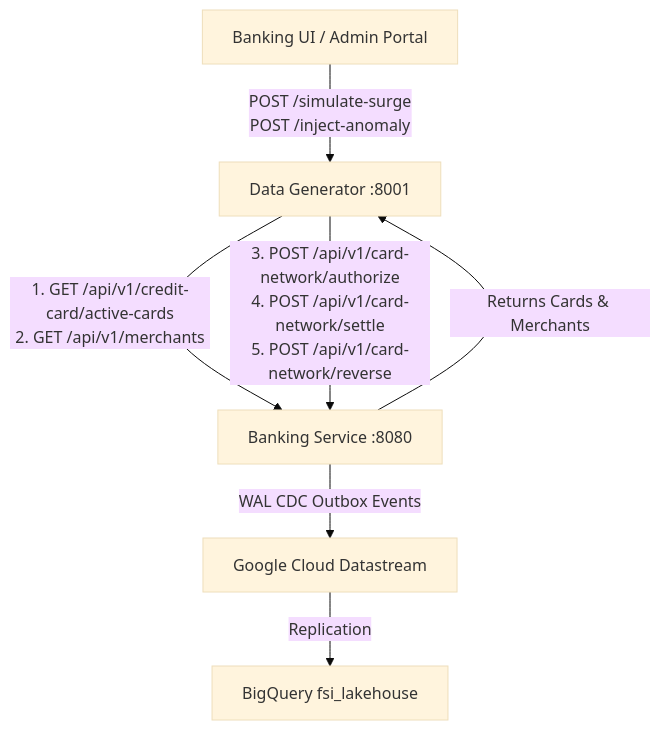
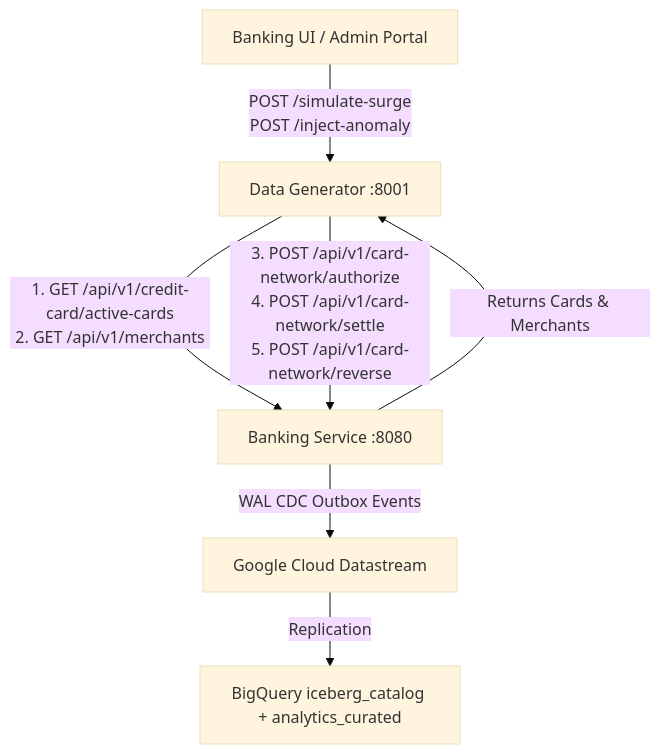
Before and after one commit to GoogleCloudPlatform/fsi-gecx-bundle: the diagram in data-generator/README.md, drawn with Mermaid (base theme). The commit also changed other lines of this file and 12 other files, not shown here.

Commit message:
fix: align datastream lakehouse tables and curated views

````diff
--- a/data-generator/README.md
+++ b/data-generator/README.md
@@ -13,9 +13,9 @@
 ```mermaid
 graph TD
     UI[Banking UI / Admin Portal] -->|POST /simulate-surge<br/>POST /inject-anomaly| DG[Data Generator :8001]
     DG -->|1. GET /api/v1/credit-card/active-cards<br/>2. GET /api/v1/merchants| BS[Banking Service :8080]
     BS -->|Returns Cards & Merchants| DG
     DG -->|3. POST /api/v1/card-network/authorize<br/>4. POST /api/v1/card-network/settle<br/>5. POST /api/v1/card-network/reverse| BS
     BS -->|WAL CDC Outbox Events| DS[Google Cloud Datastream]
-    DS -->|Replication| BQ[BigQuery fsi_lakehouse]
+    DS -->|Replication| BQ[BigQuery iceberg_catalog + analytics_curated]
 ```
````
